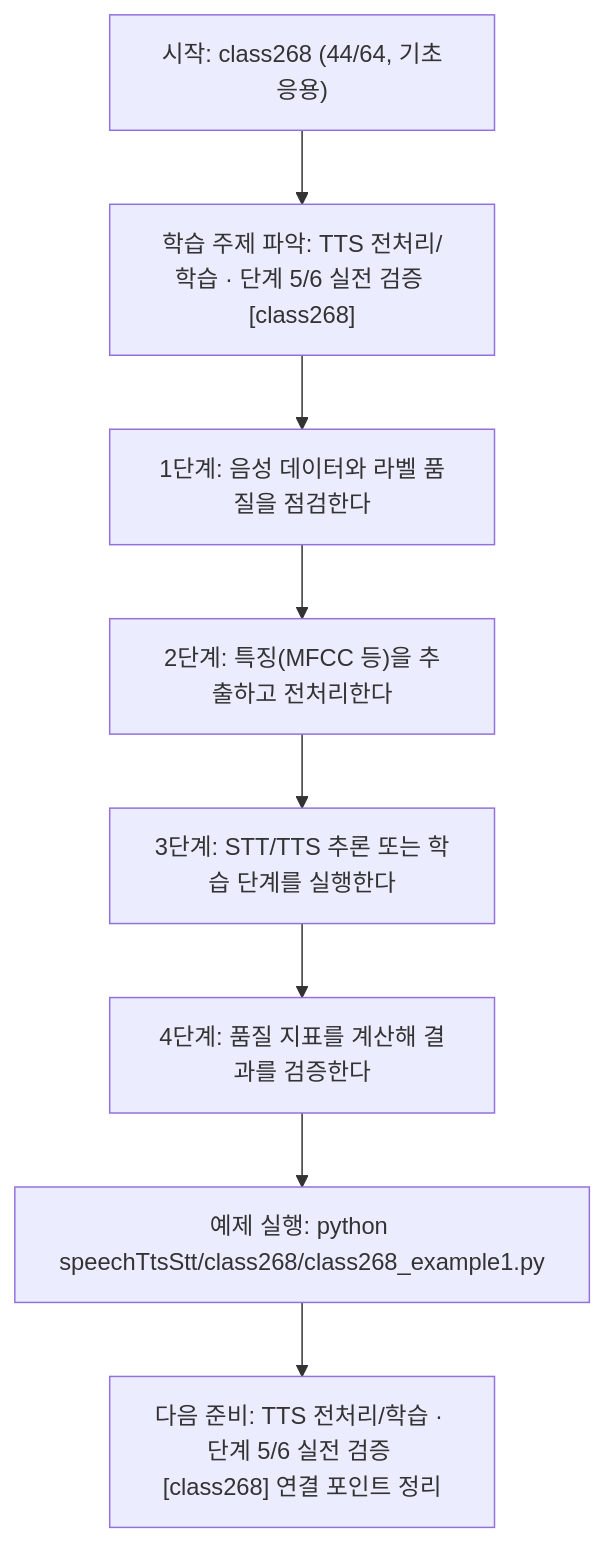
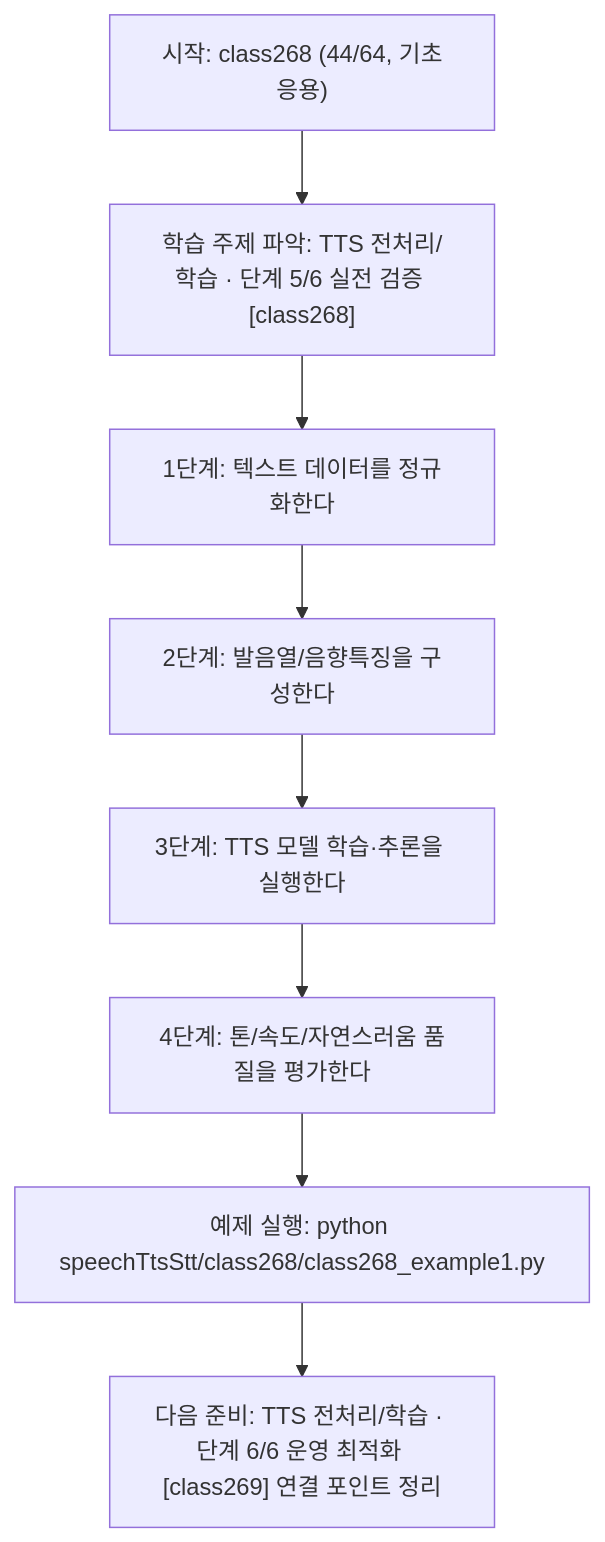
The diagram in speechTtsStt/class268/class268.md (edumgt/Python-AI_Agent-Class), drawn with Mermaid before and after one commit. The commit also changed other lines of this file and 1122 other files, not shown here.

````diff
--- a/speechTtsStt/class268/class268.md
+++ b/speechTtsStt/class268/class268.md
@@ -114,18 +95,18 @@
 ```mermaid
 flowchart TD
 N1["시작: class268 (44/64, 기초응용)"]
 N2["학습 주제 파악: TTS 전처리/학습 · 단계 5/6 실전 검증 [class268]"]
-N3["1단계: 음성 데이터와 라벨 품질을 점검한다"]
-N4["2단계: 특징(MFCC 등)을 추출하고 전처리한다"]
-N5["3단계: STT/TTS 추론 또는 학습 단계를 실행한다"]
-N6["4단계: 품질 지표를 계산해 결과를 검증한다"]
+N3["1단계: 텍스트 데이터를 정규화한다"]
+N4["2단계: 발음열/음향특징을 구성한다"]
+N5["3단계: TTS 모델 학습·추론을 실행한다"]
+N6["4단계: 톤/속도/자연스러움 품질을 평가한다"]
 N7["예제 실행: python speechTtsStt/class268/class268_example1.py"]
-N8["다음 준비: TTS 전처리/학습 · 단계 5/6 실전 검증 [class268] 연결 포인트 정리"]
+N8["다음 준비: TTS 전처리/학습 · 단계 6/6 운영 최적화 [class269] 연결 포인트 정리"]
 N1 --> N2
 N2 --> N3
 N3 --> N4
 N4 --> N5
 N5 --> N6
 N6 --> N7
 N7 --> N8
 ```
````
